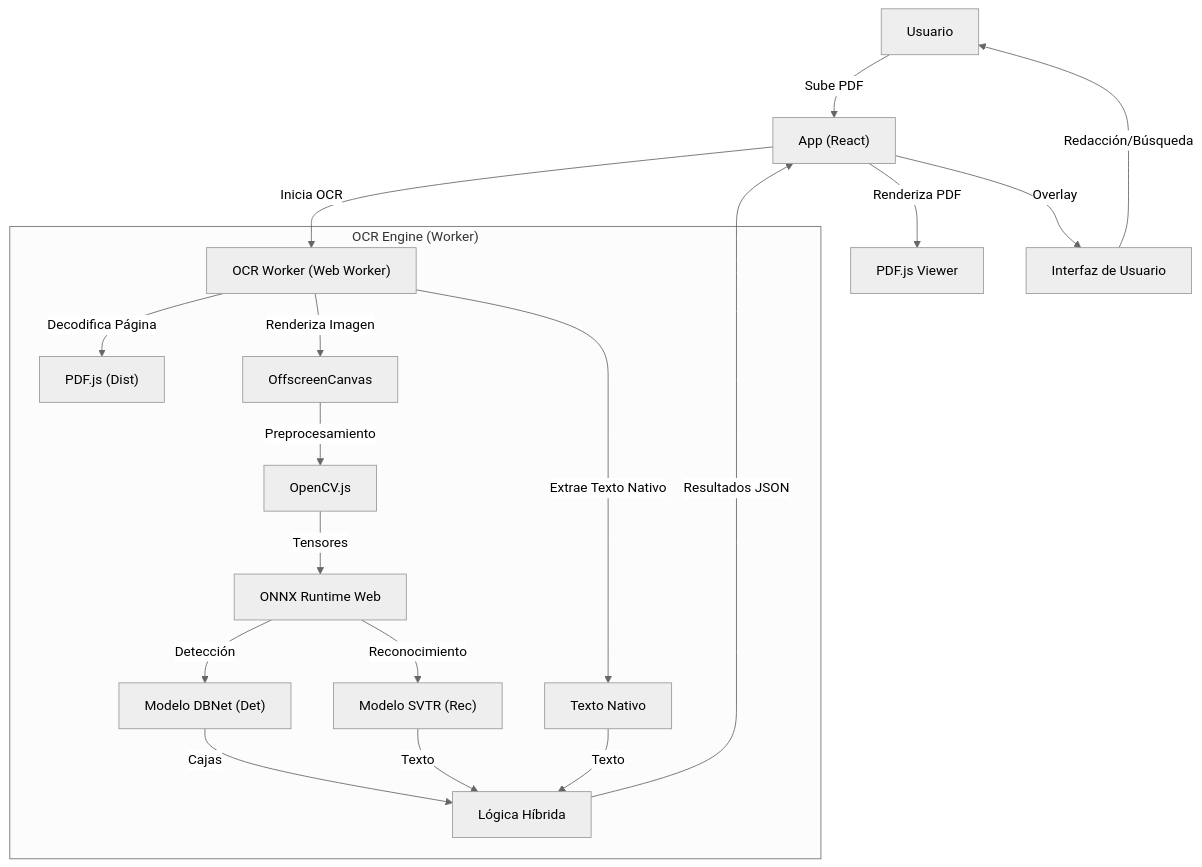
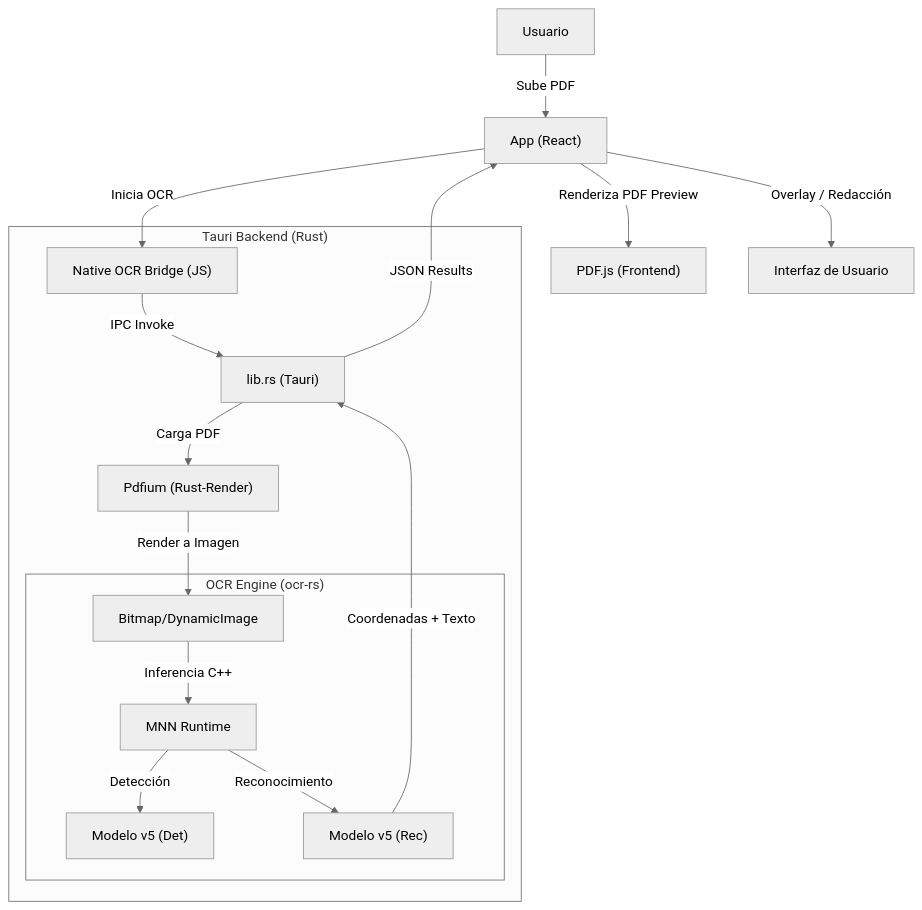
The diagram in docs/general_architecture.md (Mahynlo/glyphatlas-editor), drawn with Mermaid (neutral theme) before and after one commit. The commit also changed other lines of this file and 4 other files, not shown here.

Commit message:
feat: Implement native Rust/Tauri backend with PaddleOCR (MNN), update README, and add detailed architecture documentation.

````diff
--- a/docs/general_architecture.md
+++ b/docs/general_architecture.md
@@ -7,26 +7,22 @@
 ```mermaid
 graph TD
     User[Usuario] -->|Sube PDF| App["App (React)"]
-    App -->|Renderiza PDF| PDFViewer["PDF.js Viewer"]
-    App -->|Inicia OCR| Worker["OCR Worker (Web Worker)"]
+    App -->|Renderiza PDF Preview| PDFJS["PDF.js (Frontend)"]
+    App -->|Inicia OCR| Bridge["Native OCR Bridge (JS)"]
     
-    subgraph "OCR Engine (Worker)"
-        Worker -->|Decodifica Página| PdfDist["PDF.js (Dist)"]
-        Worker -->|Extrae Texto Nativo| Native["Texto Nativo"]
-        Worker -->|Renderiza Imagen| Canvas[OffscreenCanvas]
+    subgraph "Tauri Backend (Rust)"
+        Bridge -->|IPC Invoke| RustApp["lib.rs (Tauri)"]
+        RustApp -->|Carga PDF| Pdfium["Pdfium (Rust-Render)"]
+        Pdfium -->|Render a Imagen| Bitmap["Bitmap/DynamicImage"]
         
-        Canvas -->|Preprocesamiento| OpenCV["OpenCV.js"]
-        OpenCV -->|Tensores| ONNX["ONNX Runtime Web"]
-        
-        ONNX -->|Detección| PPOCR_Det["Modelo DBNet (Det)"]
-        ONNX -->|Reconocimiento| PPOCR_Rec["Modelo SVTR (Rec)"]
-        
-        PPOCR_Det -->|Cajas| Merger["Lógica Híbrida"]
-        PPOCR_Rec -->|Texto| Merger
-        Native -->|Texto| Merger
+        subgraph "OCR Engine (ocr-rs)"
+            Bitmap -->|Inferencia C++| MNN["MNN Runtime"]
+            MNN -->|Detección| PPOCR_Det["Modelo v5 (Det)"]
+            MNN -->|Reconocimiento| PPOCR_Rec["Modelo v5 (Rec)"]
+        end
     end
     
-    Merger -->|Resultados JSON| App
-    App -->|Overlay| UI["Interfaz de Usuario"]
-    UI -->|Redacción/Búsqueda| User
+    PPOCR_Rec -->|Coordenadas + Texto| RustApp
+    RustApp -->|JSON Results| App
+    App -->|Overlay / Redacción| UI["Interfaz de Usuario"]
 ```
````
